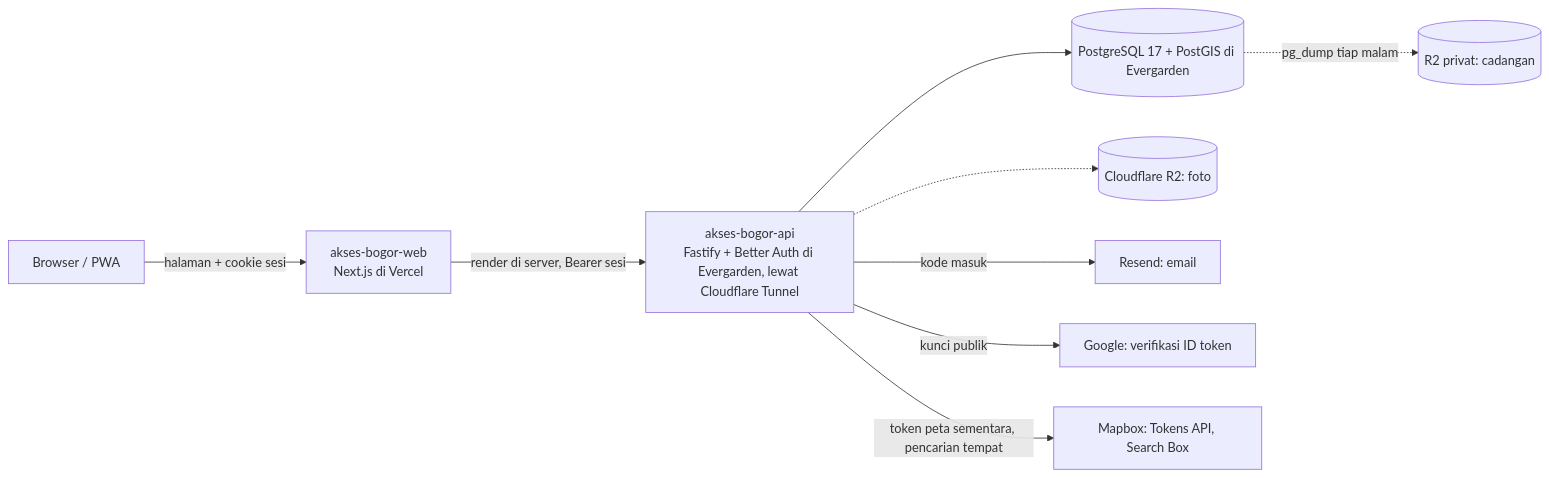
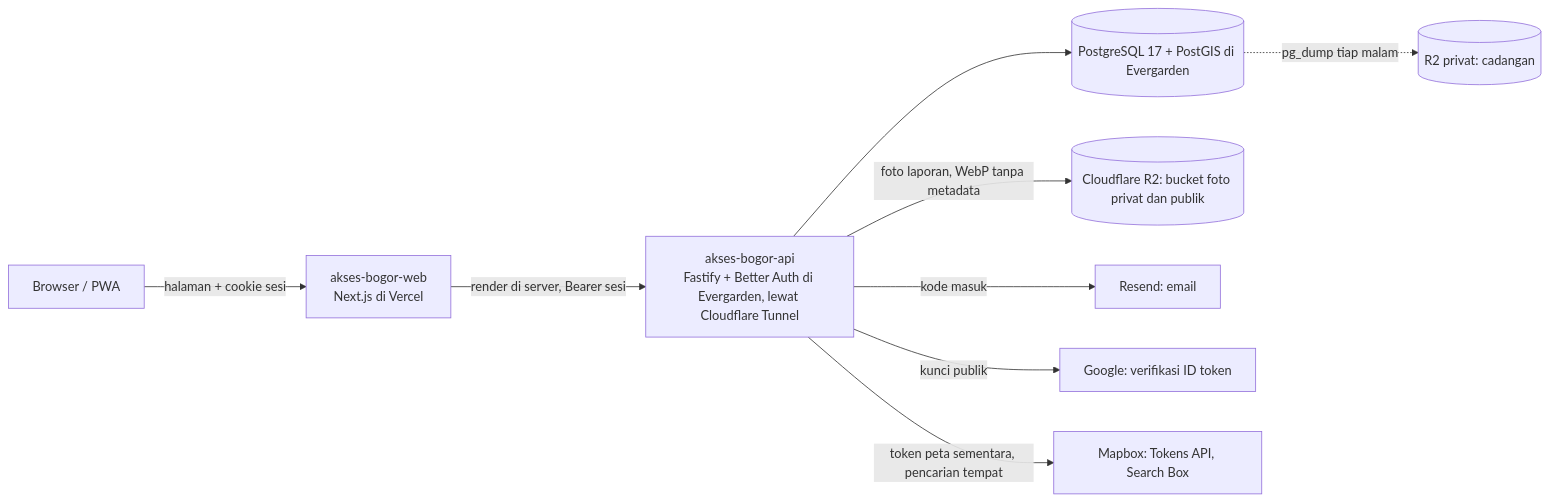
One commit to al-dioooo/akses-bogor-api changed the first of 3 diagrams in docs/arsitektur.md. Above: the diagram before and after it, drawn with Mermaid. The commit also changed other lines of this file and 5 other files, not shown here.

````diff
--- a/docs/arsitektur.md
+++ b/docs/arsitektur.md
@@ -5,11 +5,11 @@
 ```mermaid
 flowchart LR
   B[Browser / PWA] -->|halaman + cookie sesi| W[akses-bogor-web<br/>Next.js di Vercel]
   W -->|render di server, Bearer sesi| F[akses-bogor-api<br/>Fastify + Better Auth di Evergarden, lewat Cloudflare Tunnel]
   F --> DB[(PostgreSQL 17 + PostGIS di Evergarden)]
   DB -.->|pg_dump tiap malam| BK[(R2 privat: cadangan)]
-  F -.-> R2[(Cloudflare R2: foto)]
+  F -->|foto laporan, WebP tanpa metadata| R2[(Cloudflare R2: bucket foto privat dan publik)]
   F -->|kode masuk| E[Resend: email]
   F -->|kunci publik| G[Google: verifikasi ID token]
   F -->|token peta sementara, pencarian tempat| M[Mapbox: Tokens API, Search Box]
 ```
````
